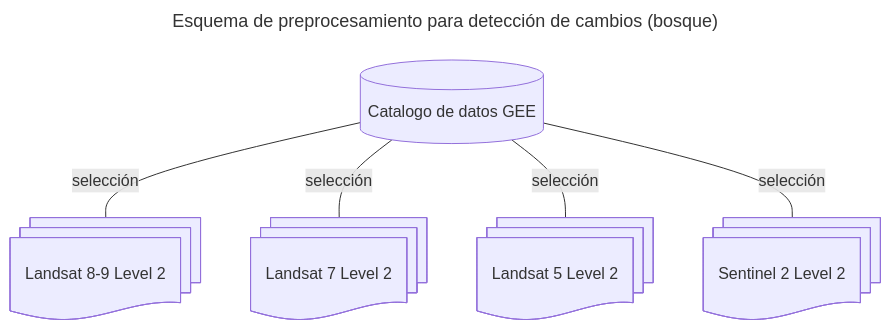
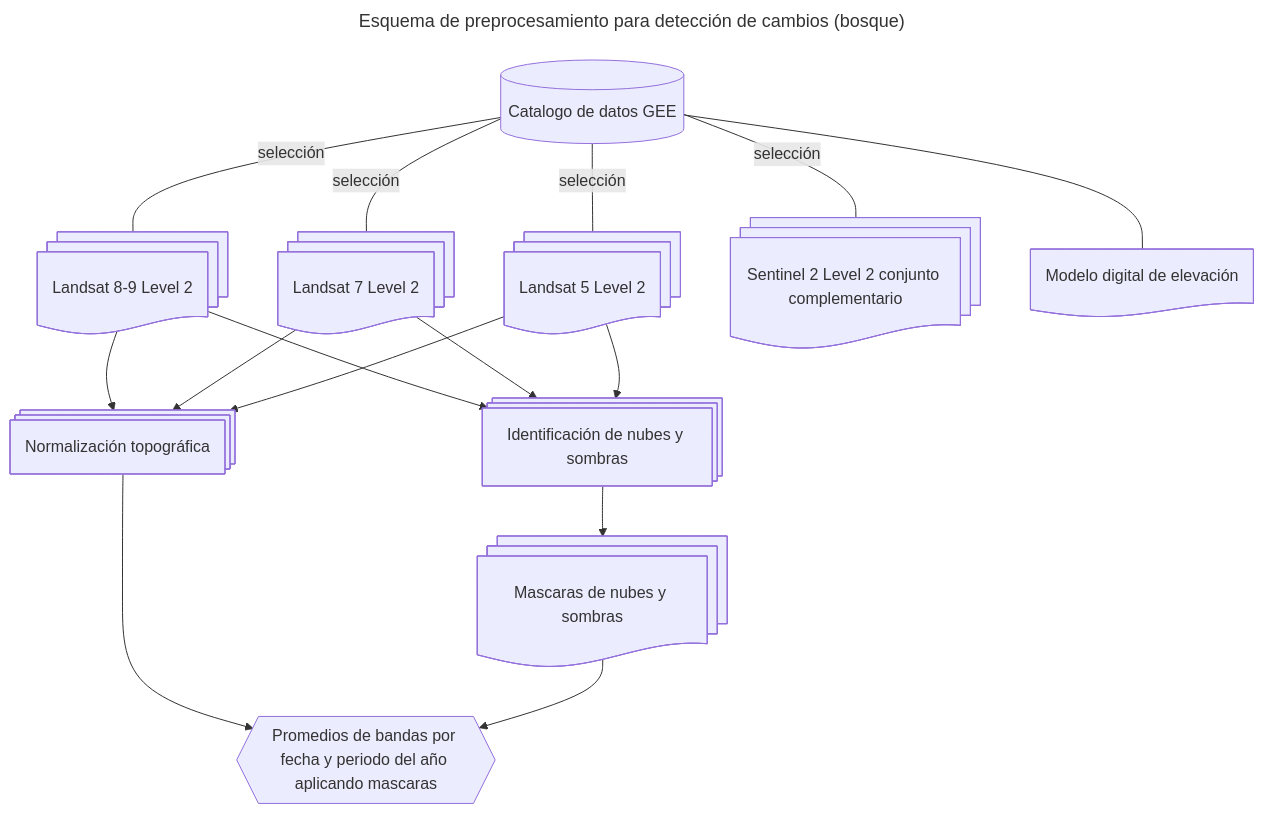
One commit to vshalisko/GEE changed the diagram in ANPs/Esquema_preprocesamiento.mermaid. Above: the diagram before and after it, drawn with Mermaid.

```diff
--- a/ANPs/Esquema_preprocesamiento.mermaid
+++ b/ANPs/Esquema_preprocesamiento.mermaid
@@ -1,14 +1,34 @@
 ---
 title: Esquema de preprocesamiento para detección de cambios (bosque)
 ---
 flowchart TD
     gee1[(Catalogo de datos GEE)]
     Landsat8@{ shape: docs, label: Landsat 8-9 Level 2}
     Landsat7@{ shape: docs, label: Landsat 7 Level 2}
     Landsat5@{ shape: docs, label: Landsat 5 Level 2}
-    Sentinel2@{ shape: docs, label: Sentinel 2 Level 2}
+    Sentinel2@{ shape: docs, label: Sentinel 2 Level 2 conjunto complementario}
+    MDE@{ shape: doc, label: Modelo digital de elevación}
+    
+    INS@{ shape: procs, label: "Identificación de nubes y sombras"}
+    MNS@{ shape: docs, label: "Mascaras de nubes y sombras"}
+    NT@{ shape: procs, label: "Normalización topográfica"}
+    Combinacion@{ shape: hex, label: "Promedios de bandas por fecha y periodo del año aplicando mascaras" }
+
 
     gee1---|selección|Landsat8
     gee1---|selección|Landsat7
     gee1---|selección|Landsat5
     gee1---|selección|Sentinel2
+    gee1---MDE
+
+    Landsat8-->INS
+    Landsat7-->INS
+    Landsat5-->INS
+
+    Landsat8-->NT
+    Landsat7-->NT
+    Landsat5-->NT
+
+    INS-->MNS
+    NT-->Combinacion
+    MNS-->Combinacion
```
